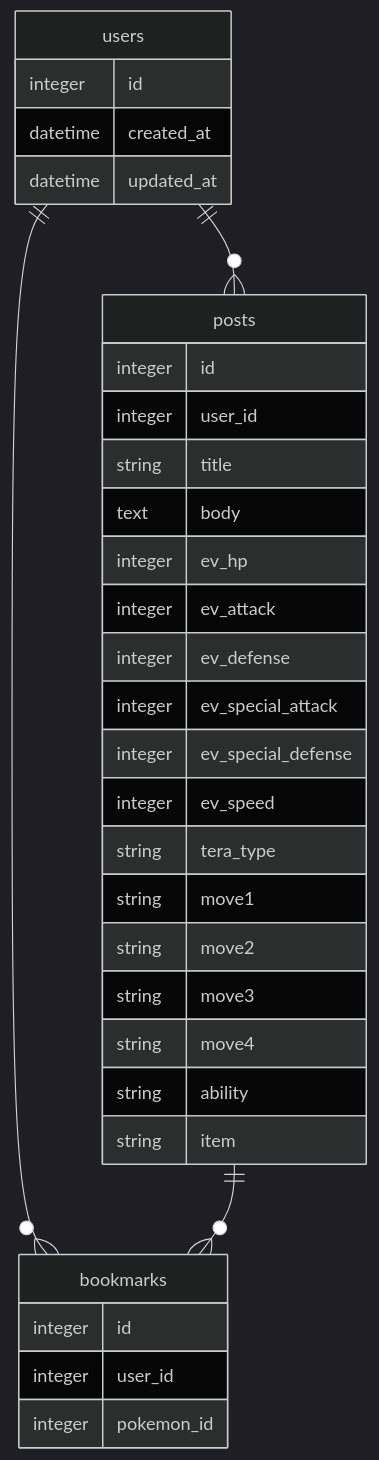
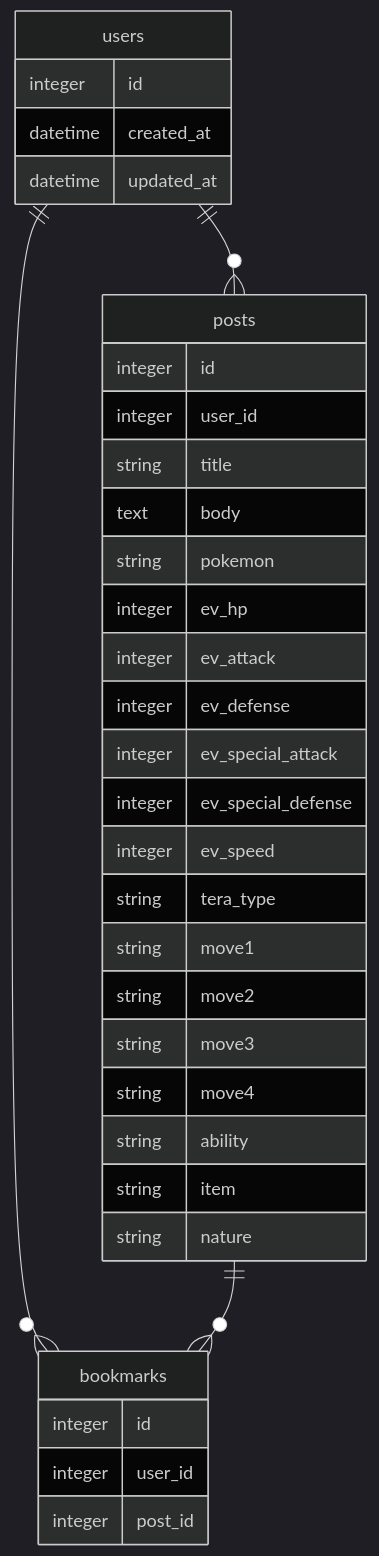
The diagram in mermaid.md (hagoromo2000/poke_calculator_rails), drawn with Mermaid (dark theme) before and after one commit. The commit also changed 5 other files, not shown here.

````diff
--- a/mermaid.md
+++ b/mermaid.md
@@ -1,41 +1,43 @@
 ```mermaid
 erDiagram
   users ||--o{ posts: ""
   users ||--o{ bookmarks: ""
   posts ||--o{ bookmarks: ""
 
 
   users{
     integer id
     datetime created_at
     datetime updated_at
   }
 
   posts{
     integer id
     integer user_id
     string title
     text body
+    string pokemon
     integer ev_hp
     integer ev_attack
     integer ev_defense
     integer ev_special_attack
     integer ev_special_defense
     integer ev_speed
     string tera_type
     string move1
     string move2
     string move3
     string move4
     string ability
     string item
+    string nature
   }
 
   bookmarks{
     integer id
     integer user_id
-    integer pokemon_id
+    integer post_id
   }
 
 
 ```
````
